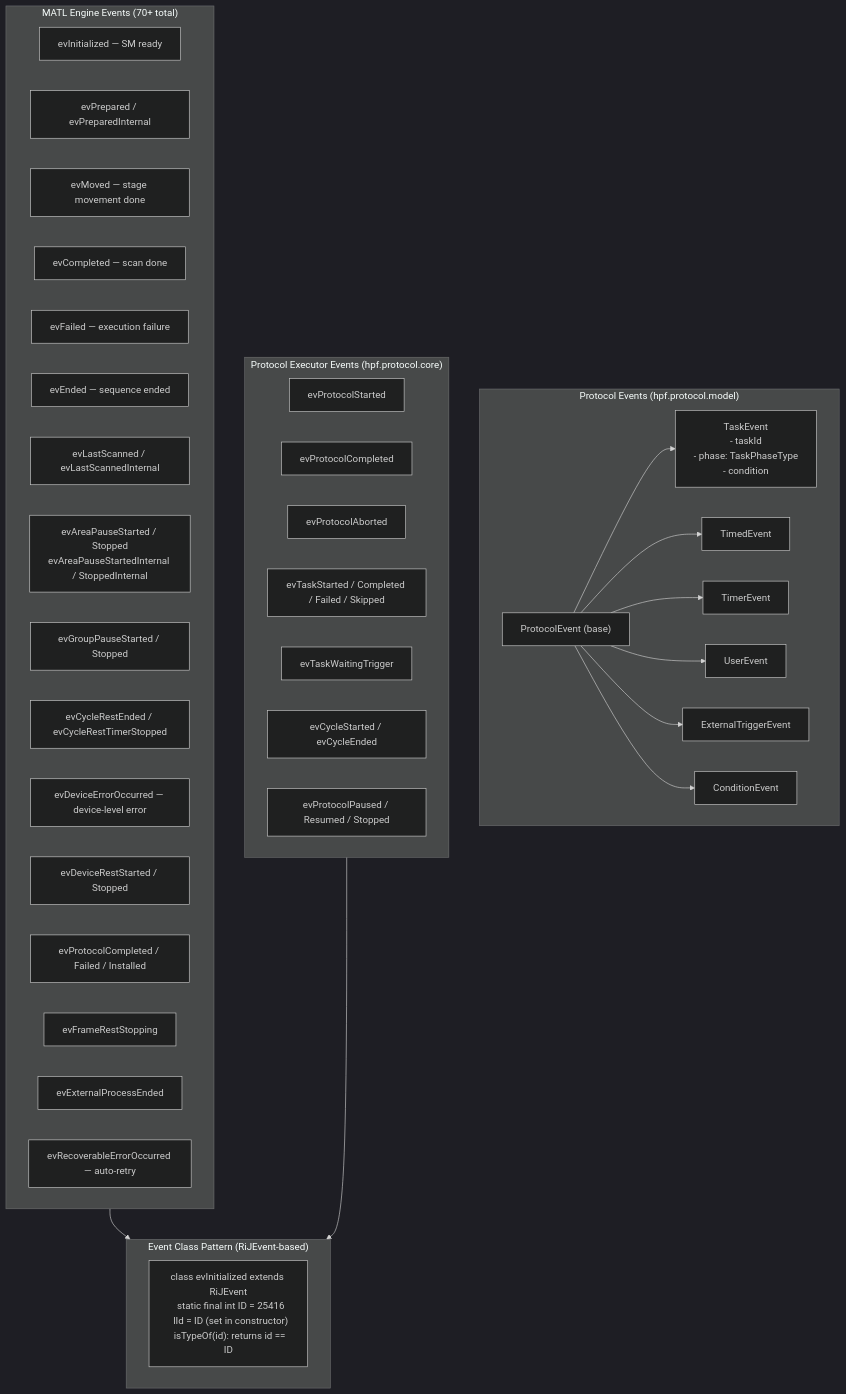
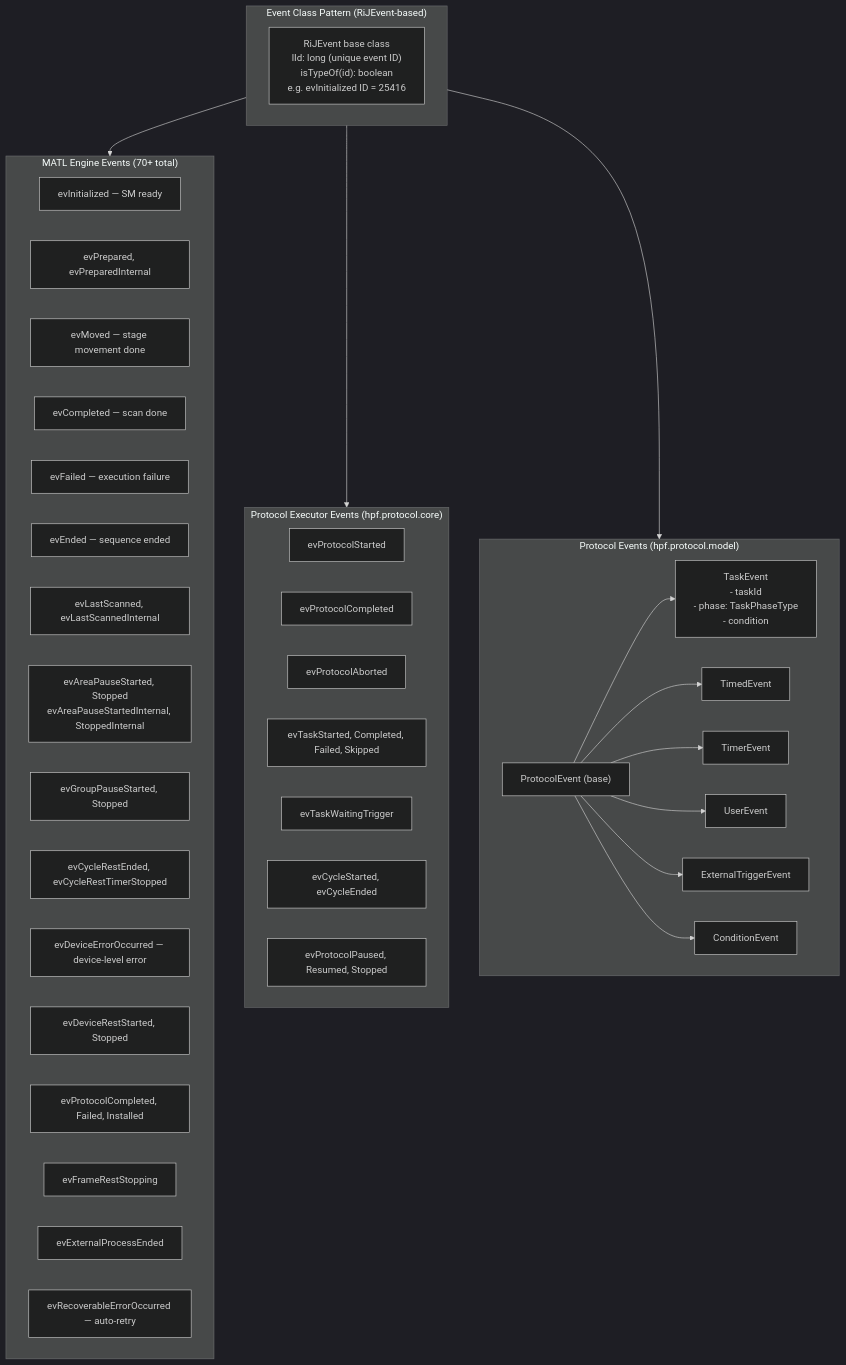
One commit to EvidentScientific-EIC/arch-docs changed the third of 4 diagrams in diagrams/07_matl_protocol.md. Above: the diagram before and after it, drawn with Mermaid (dark theme). The commit also changed other lines of this file, not shown here.

Commit message:
07_matl_protocol.md - syntax error fix

````diff
--- a/diagrams/07_matl_protocol.md
+++ b/diagrams/07_matl_protocol.md
@@ -156,49 +141,49 @@
 ```mermaid
 graph TD
-    subgraph ProtocolEvents["Protocol Events (hpf.protocol.model)"]
-        PE["ProtocolEvent (base)"]
-
-        PE --> TE["TaskEvent\n- taskId\n- phase: TaskPhaseType\n- condition"]
-        PE --> TME["TimedEvent"]
-        PE --> TRE["TimerEvent"]
-        PE --> UE["UserEvent"]
-        PE --> ETE["ExternalTriggerEvent"]
-        PE --> CE["ConditionEvent"]
+    subgraph EventPattern["Event Class Pattern (RiJEvent-based)"]
+        EP["RiJEvent base class\n  lId: long (unique event ID)\n  isTypeOf(id): boolean\n  e.g. evInitialized ID = 25416"]
     end
 
     subgraph MATLEvents["MATL Engine Events (70+ total)"]
         ME1["evInitialized — SM ready"]
-        ME2["evPrepared / evPreparedInternal"]
+        ME2["evPrepared, evPreparedInternal"]
         ME3["evMoved — stage movement done"]
         ME4["evCompleted — scan done"]
         ME5["evFailed — execution failure"]
         ME6["evEnded — sequence ended"]
-        ME7["evLastScanned / evLastScannedInternal"]
-        ME8["evAreaPauseStarted / Stopped\nevAreaPauseStartedInternal / StoppedInternal"]
-        ME9["evGroupPauseStarted / Stopped"]
-        ME10["evCycleRestEnded / evCycleRestTimerStopped"]
+        ME7["evLastScanned, evLastScannedInternal"]
+        ME8["evAreaPauseStarted, Stopped\nevAreaPauseStartedInternal, StoppedInternal"]
+        ME9["evGroupPauseStarted, Stopped"]
+        ME10["evCycleRestEnded, evCycleRestTimerStopped"]
         ME11["evDeviceErrorOccurred — device-level error"]
-        ME12["evDeviceRestStarted / Stopped"]
-        ME13["evProtocolCompleted / Failed / Installed"]
+        ME12["evDeviceRestStarted, Stopped"]
+        ME13["evProtocolCompleted, Failed, Installed"]
         ME14["evFrameRestStopping"]
         ME15["evExternalProcessEnded"]
         ME16["evRecoverableErrorOccurred — auto-retry"]
+    end
+
+    subgraph ProtocolEvents["Protocol Events (hpf.protocol.model)"]
+        PE2["ProtocolEvent (base)"]
+        PE2 --> TE["TaskEvent\n- taskId\n- phase: TaskPhaseType\n- condition"]
+        PE2 --> TME["TimedEvent"]
+        PE2 --> TRE["TimerEvent"]
+        PE2 --> UE["UserEvent"]
+        PE2 --> ETE["ExternalTriggerEvent"]
+        PE2 --> CE["ConditionEvent"]
     end
 
     subgraph ProtocolLifecycle["Protocol Executor Events (hpf.protocol.core)"]
         PL1["evProtocolStarted"]
         PL2["evProtocolCompleted"]
         PL3["evProtocolAborted"]
-        PL4["evTaskStarted / Completed / Failed / Skipped"]
+        PL4["evTaskStarted, Completed, Failed, Skipped"]
         PL5["evTaskWaitingTrigger"]
-        PL6["evCycleStarted / evCycleEnded"]
-        PL7["evProtocolPaused / Resumed / Stopped"]
+        PL6["evCycleStarted, evCycleEnded"]
+        PL7["evProtocolPaused, Resumed, Stopped"]
     end
 
-    subgraph EventPattern["Event Class Pattern (RiJEvent-based)"]
-        EP["class evInitialized extends RiJEvent\n  static final int ID = 25416\n  lId = ID (set in constructor)\n  isTypeOf(id): returns id == ID"]
-    end
-
-    MATLEvents --> EventPattern
-    ProtocolLifecycle --> EventPattern
+    EventPattern --> MATLEvents
+    EventPattern --> ProtocolLifecycle
+    EventPattern --> ProtocolEvents
 ```
````
